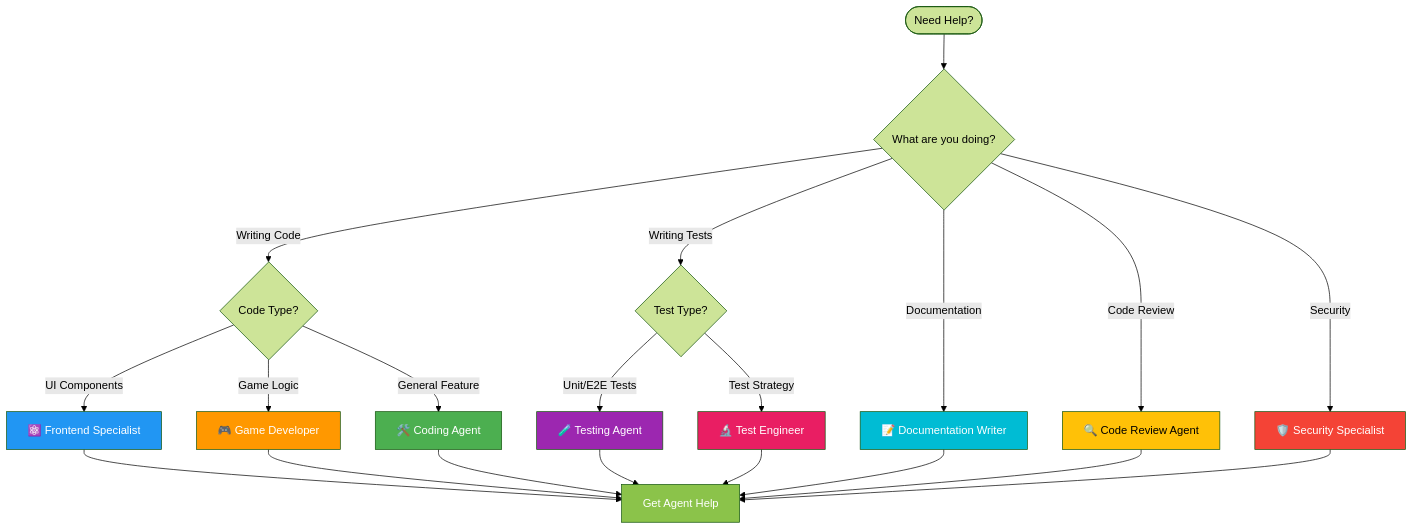
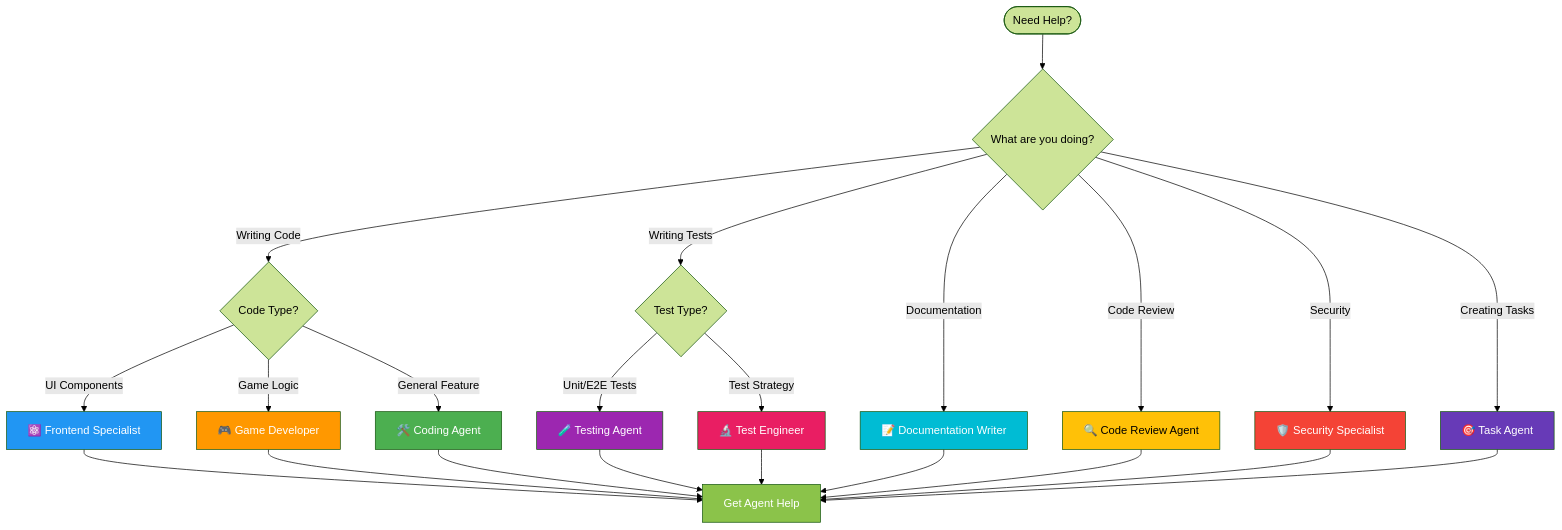
Before and after one commit to Hack23/blacktrigram: the second of 3 diagrams in .github/agents/README.md, drawn with Mermaid (forest theme). The commit also changed other lines of this file and 1 other file, not shown here.

Commit message:
Add Black Trigram Task Agent with ISMS compliance focus

````diff
--- a/.github/agents/README.md
+++ b/.github/agents/README.md
@@ -211,36 +241,39 @@
 ```mermaid
 flowchart TD
     Start([Need Help?]) --> Type{What are you doing?}
     
     Type -->|Writing Code| Code{Code Type?}
     Code -->|UI Components| Frontend[⚛️ Frontend Specialist]
     Code -->|Game Logic| Game[🎮 Game Developer]
     Code -->|General Feature| Coding[🛠️ Coding Agent]
     
     Type -->|Writing Tests| TestType{Test Type?}
     TestType -->|Unit/E2E Tests| Testing[🧪 Testing Agent]
     TestType -->|Test Strategy| TestEng[🔬 Test Engineer]
     
     Type -->|Documentation| Docs[📝 Documentation Writer]
     Type -->|Code Review| Review[🔍 Code Review Agent]
     Type -->|Security| Security[🛡️ Security Specialist]
+    Type -->|Creating Tasks| TaskAgent[🎯 Task Agent]
     
     Frontend --> Action[Get Agent Help]
     Game --> Action
     Coding --> Action
     Testing --> Action
     TestEng --> Action
     Docs --> Action
     Review --> Action
     Security --> Action
+    TaskAgent --> Action
     
     style Frontend fill:#2196F3,color:#fff
     style Game fill:#FF9800,color:#fff
     style Coding fill:#4CAF50,color:#fff
     style Testing fill:#9C27B0,color:#fff
     style TestEng fill:#E91E63,color:#fff
     style Docs fill:#00BCD4,color:#fff
     style Review fill:#FFC107,color:#000
     style Security fill:#F44336,color:#fff
+    style TaskAgent fill:#673AB7,color:#fff
     style Action fill:#8BC34A,color:#fff
 ```
````
